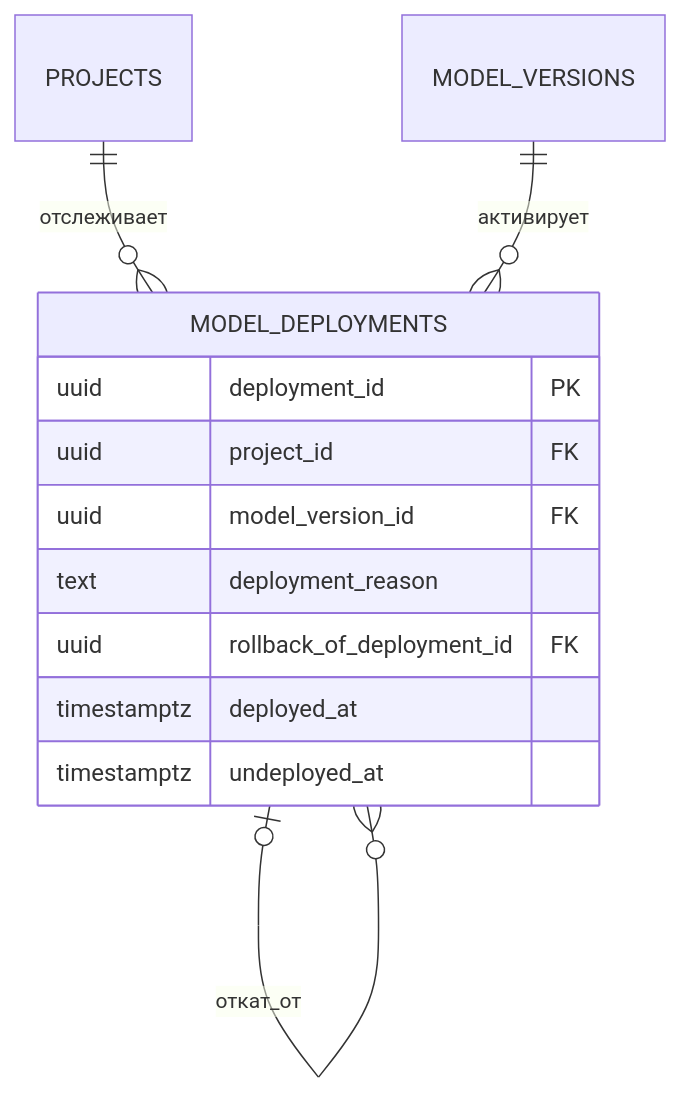
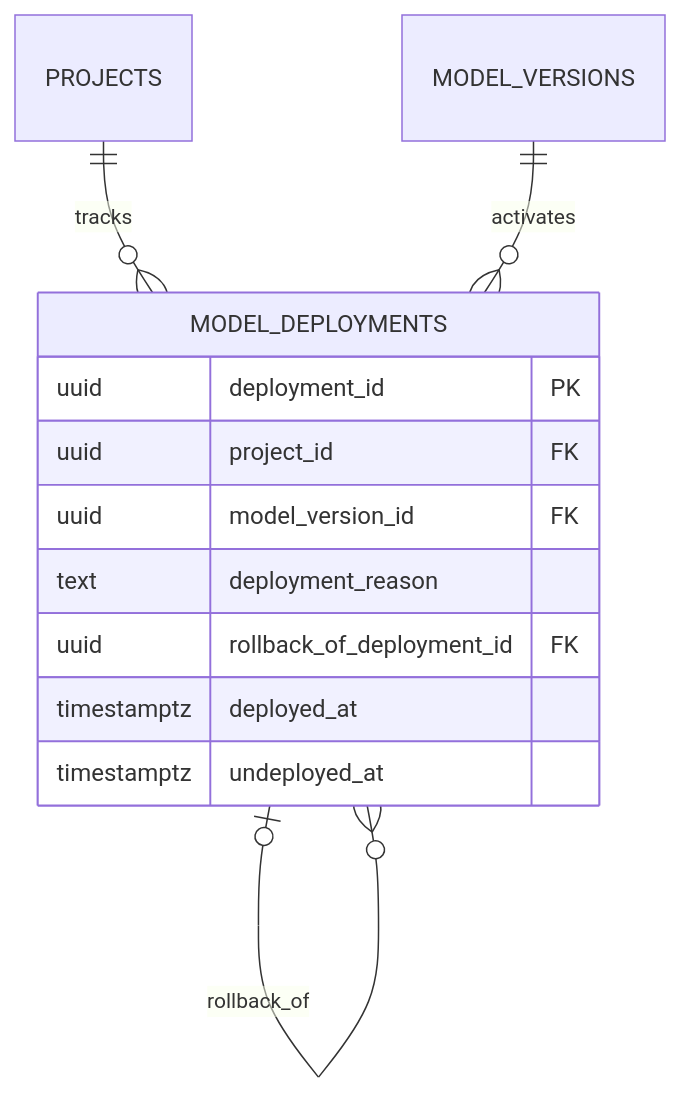
Before and after one commit to Maronari/AdaptiveML-DSS: the third of 3 diagrams in docs/database.md, drawn with Mermaid. The commit also changed other lines of this file and 3 other files, not shown here.

Commit message:
docs: fix mermaid syntax and ignore local registry state

````diff
--- a/docs/database.md
+++ b/docs/database.md
@@ -135,16 +135,16 @@
 ```mermaid
 erDiagram
-    PROJECTS ||--o{ MODEL_DEPLOYMENTS : отслеживает
-    MODEL_VERSIONS ||--o{ MODEL_DEPLOYMENTS : активирует
-    MODEL_DEPLOYMENTS o|--o{ MODEL_DEPLOYMENTS : откат_от
+    PROJECTS ||--o{ MODEL_DEPLOYMENTS : tracks
+    MODEL_VERSIONS ||--o{ MODEL_DEPLOYMENTS : activates
+    MODEL_DEPLOYMENTS o|--o{ MODEL_DEPLOYMENTS : rollback_of
 
     MODEL_DEPLOYMENTS {
         uuid deployment_id PK
         uuid project_id FK
         uuid model_version_id FK
         text deployment_reason
         uuid rollback_of_deployment_id FK
         timestamptz deployed_at
         timestamptz undeployed_at
     }
 ```
````
